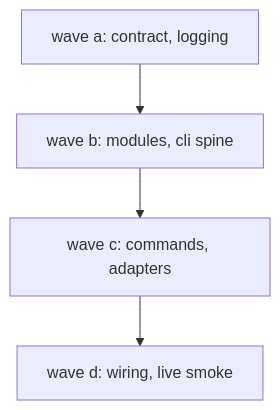
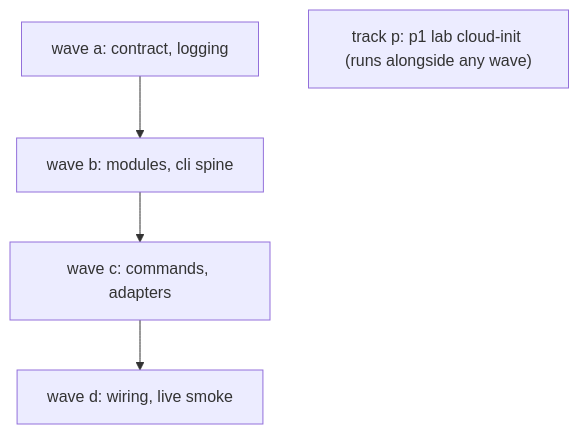
The diagram in docs/plans/diagrams/readme-waves.mmd (nickstrad/vm-maker), drawn with Mermaid before and after one commit. The commit also changed 31 other files, not shown here.

First line of the commit message:
Add agent coordination protocol and scope lab provisioning to cloud-init

```diff
--- a/docs/plans/diagrams/readme-waves.mmd
+++ b/docs/plans/diagrams/readme-waves.mmd
@@ -1,5 +1,6 @@
-%% draw-visual: -x 4 -y 1 -p 0
+%% draw-visual: -x 3 -y 1 -p 0
 graph TD
   A["wave a: contract, logging"] --> B["wave b: modules, cli spine"]
   B --> C["wave c: commands, adapters"]
   C --> D["wave d: wiring, live smoke"]
+  P["track p: p1 lab cloud-init (runs alongside any wave)"]
```
